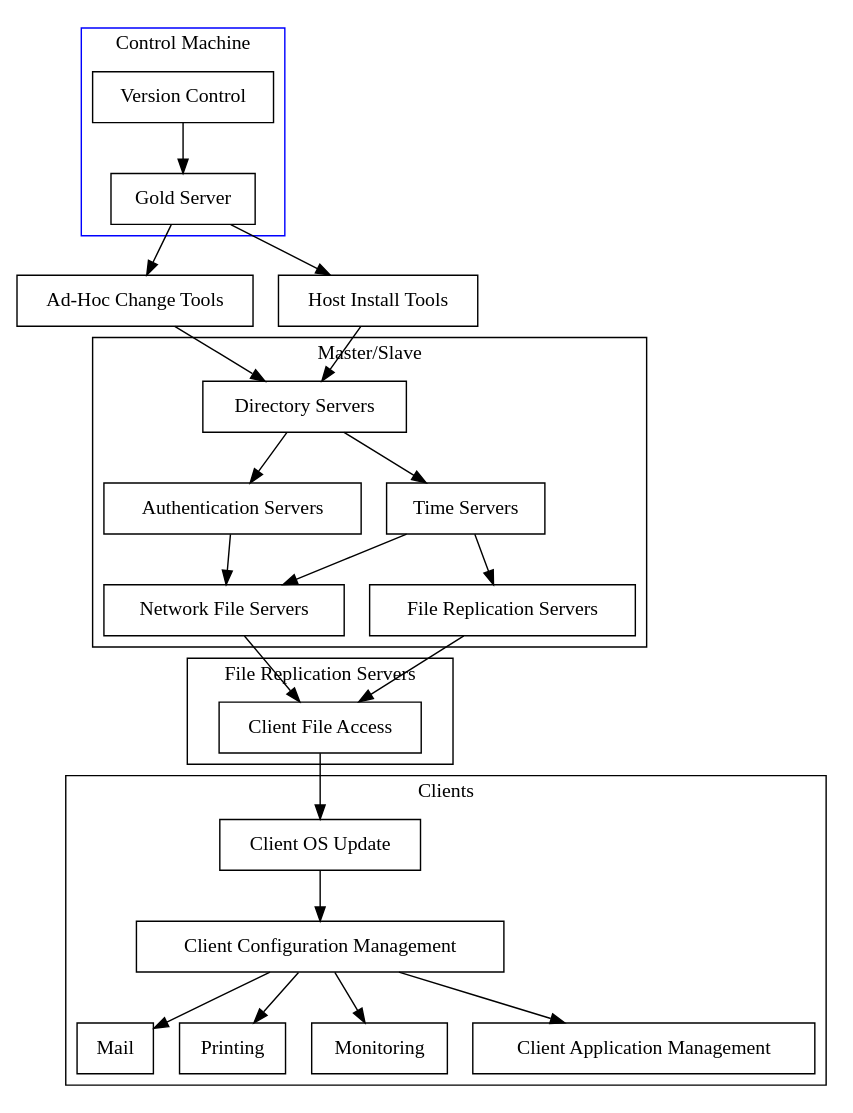
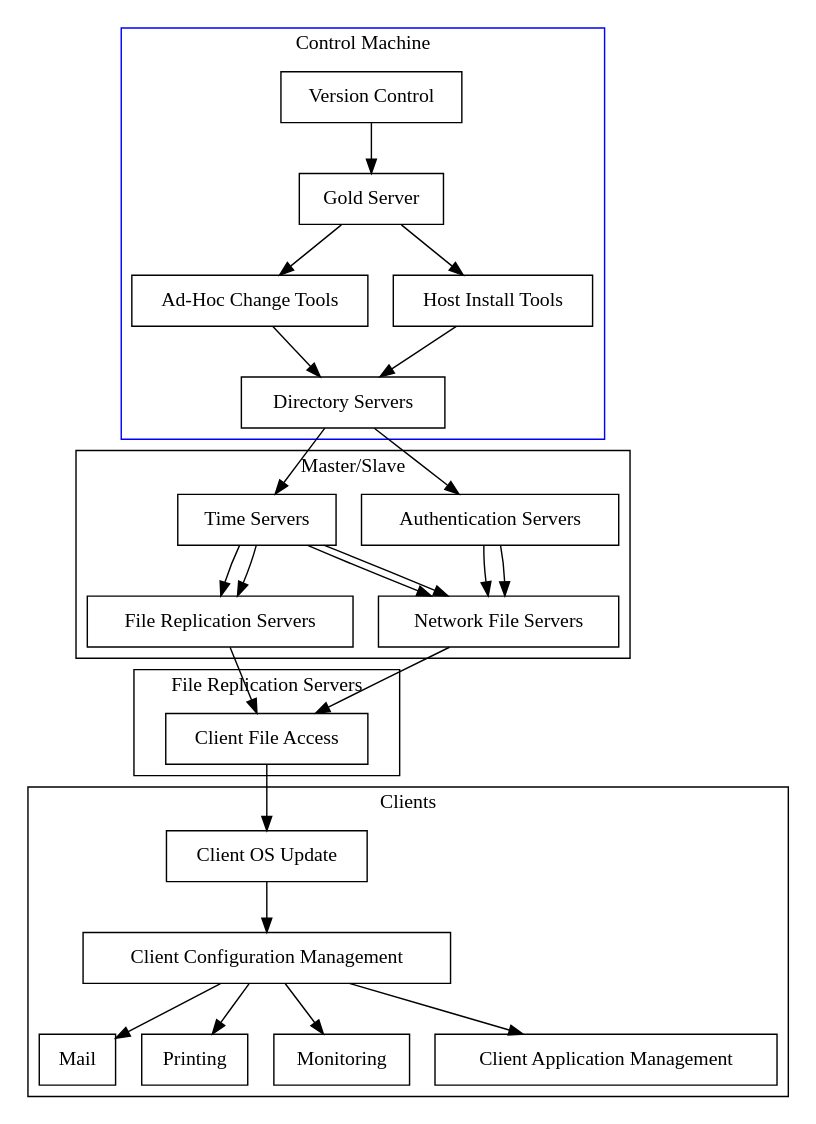
Before and after one commit to omussell/homelab: the diagram in pic/secenv.gv, drawn with Graphviz. The commit also changed 1 other file, not shown here.

```diff
--- a/pic/secenv.gv
+++ b/pic/secenv.gv
@@ -1,51 +1,54 @@
 digraph SecureInfrastructure {
 
 	VC [shape=box,label="Version Control"];
 	GS [shape=box,label="Gold Server"];
 	AHCT [shape=box,label="Ad-Hoc Change Tools"];
 	HIT [shape=box,label="Host Install Tools"];
 	DIR [shape=box,label="Directory Servers"];
 	AUTH [shape=box,label="Authentication Servers"];
 	TIME [shape=box,label="Time Servers"];
 	NFS [shape=box,label="Network File Servers"];
 	FRS [shape=box,label="File Replication Servers"];
 	CFA [shape=box,label="Client File Access"];
 	COSU [shape=box,label="Client OS Update"];
 	CCM [shape=box,label="Client Configuration Management"];
 	MAIL [shape=box,label="Mail"];
 	PRNT [shape=box,label="Printing"];
 	MONT [shape=box,label="Monitoring"];
 	CAM [ shape=box,label="Client Application Management"]; 
 
 subgraph cluster1 {
 	VC -> GS;
-label = "Control Machine";
-color=blue
-}
 	GS -> AHCT;
 	GS -> HIT;
 	AHCT -> DIR;
 	HIT -> DIR;
+label = "Control Machine";
+color=blue
+}
 subgraph cluster2 {
 	DIR -> AUTH;
 	DIR -> TIME;
 	AUTH -> NFS;
 	TIME -> NFS;
 	TIME -> FRS;
 label = "Master/Slave";
 }
 subgraph cluster3 {
+	AUTH -> NFS;
+	TIME -> NFS;
+	TIME -> FRS;
 	NFS -> CFA;
 	FRS -> CFA;
 label = "File Replication Servers";
 }
 subgraph cluster4 {
 	CFA -> COSU;
 	COSU -> CCM;
 	CCM -> MAIL;
 	CCM -> PRNT;
 	CCM -> MONT;
 	CCM -> CAM;
 label = "Clients";
 }
 }
```
